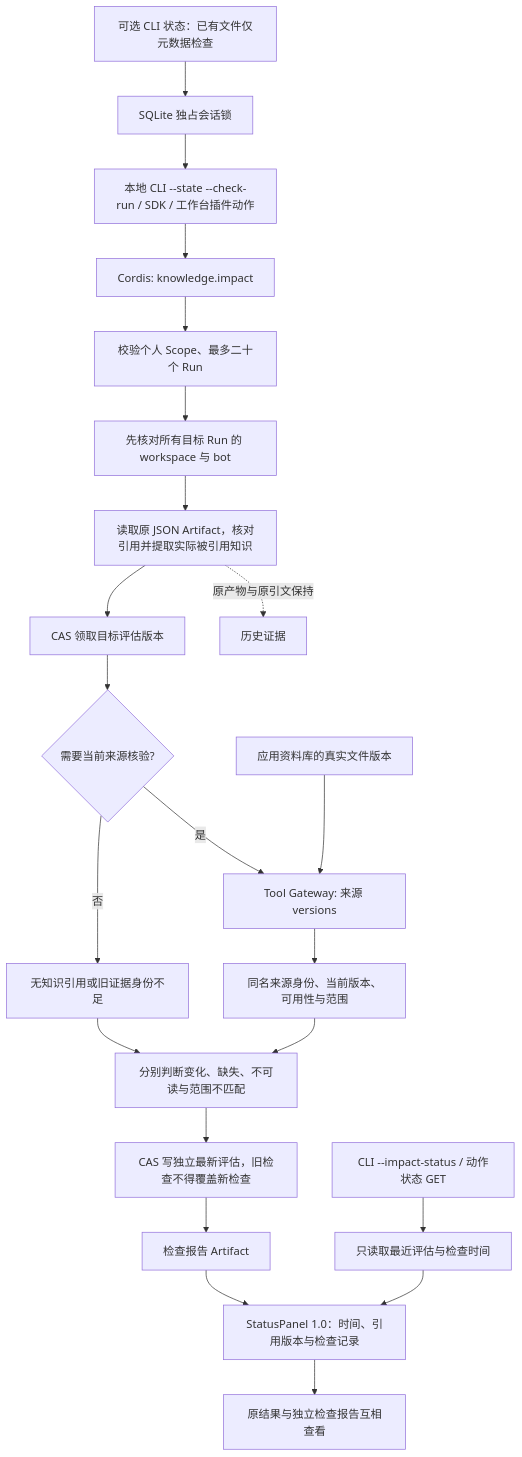
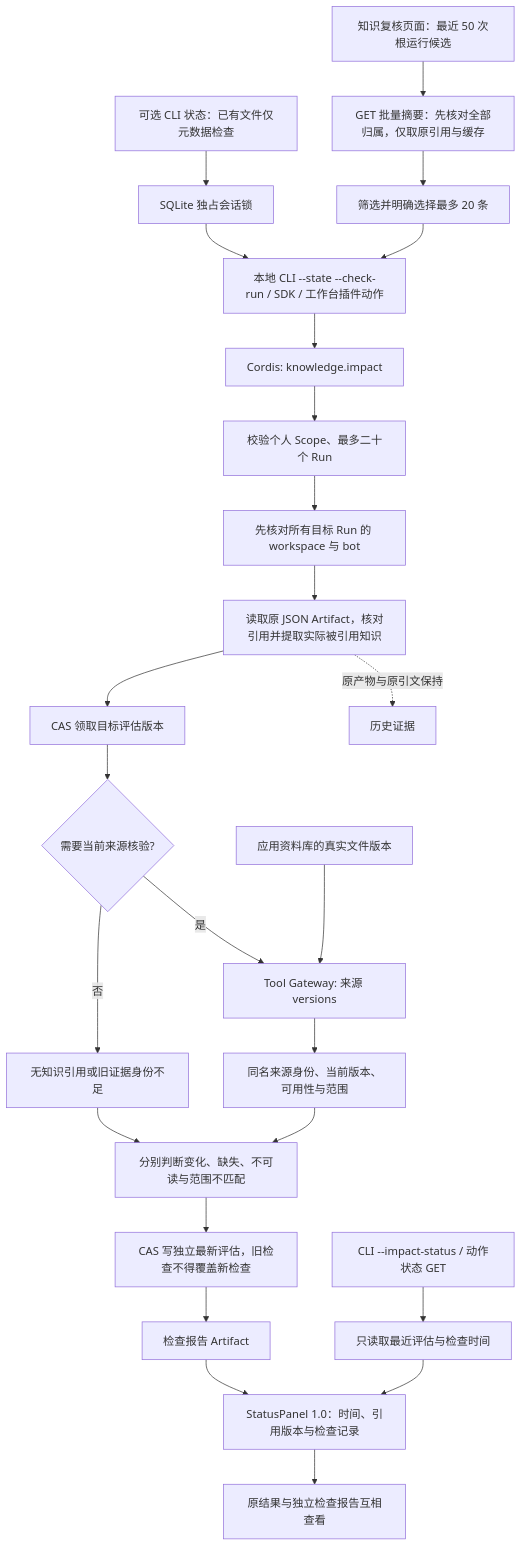
Before and after one commit to KlayPeter/AI-Delivery-Ops-Agent: the first of 2 diagrams in backend/src/knowledge/impact/FEATURE.md, drawn with Mermaid. The commit also changed other lines of this file and 19 other files, not shown here.

````diff
--- a/backend/src/knowledge/impact/FEATURE.md
+++ b/backend/src/knowledge/impact/FEATURE.md
@@ -22,24 +22,27 @@
 ```mermaid
 flowchart TD
     FS[可选 CLI 状态：已有文件仅元数据检查] --> LK[SQLite 独占会话锁]
     LK --> U
+    CENTER[知识复核页面：最近 50 次根运行候选] --> CACHE[GET 批量摘要：先核对全部归属，仅取原引用与缓存]
+    CACHE --> SELECT[筛选并明确选择最多 20 条]
+    SELECT --> U
     U[本地 CLI --state --check-run / SDK / 工作台插件动作] --> P[Cordis: knowledge.impact]
     P --> V[校验个人 Scope、最多二十个 Run]
     V --> R[先核对所有目标 Run 的 workspace 与 bot]
     R --> A[读取原 JSON Artifact，核对引用并提取实际被引用知识]
     A --> B[CAS 领取目标评估版本]
     B --> S{需要当前来源核验?}
     S -- 否 --> N[无知识引用或旧证据身份不足]
     S -- 是 --> T[Tool Gateway: 来源 versions]
     T --> C[同名来源身份、当前版本、可用性与范围]
     C --> O[分别判断变化、缺失、不可读与范围不匹配]
     N --> O
     O --> G[CAS 写独立最新评估，旧检查不得覆盖新检查]
     G --> J[检查报告 Artifact]
     A -. 原产物与原引文保持 .-> H[历史证据]
     L[CLI --impact-status / 动作状态 GET] --> K[只读取最近评估与检查时间]
     K --> PANEL[StatusPanel 1.0：时间、引用版本与检查记录]
     J --> PANEL
     PANEL --> NAV[原结果与独立检查报告互相查看]
     KLIB[应用资料库的真实文件版本] --> T
 ```
````
